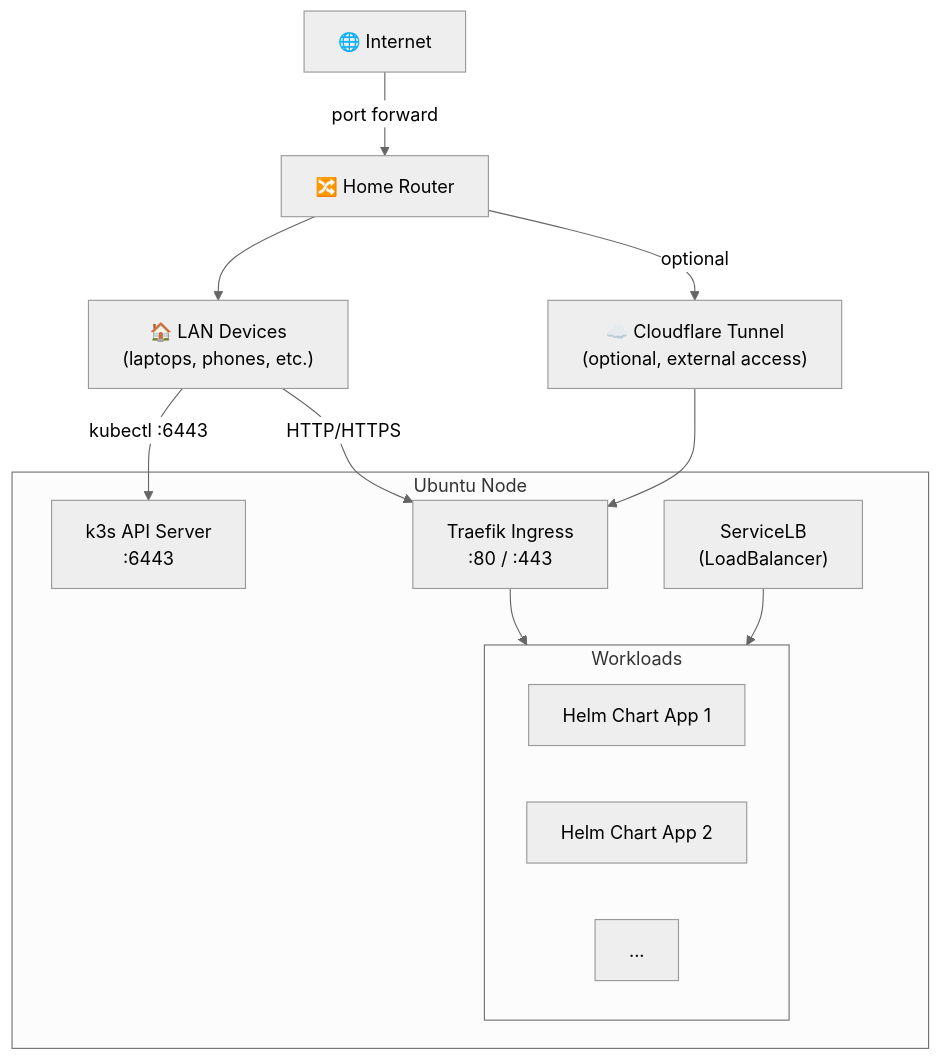
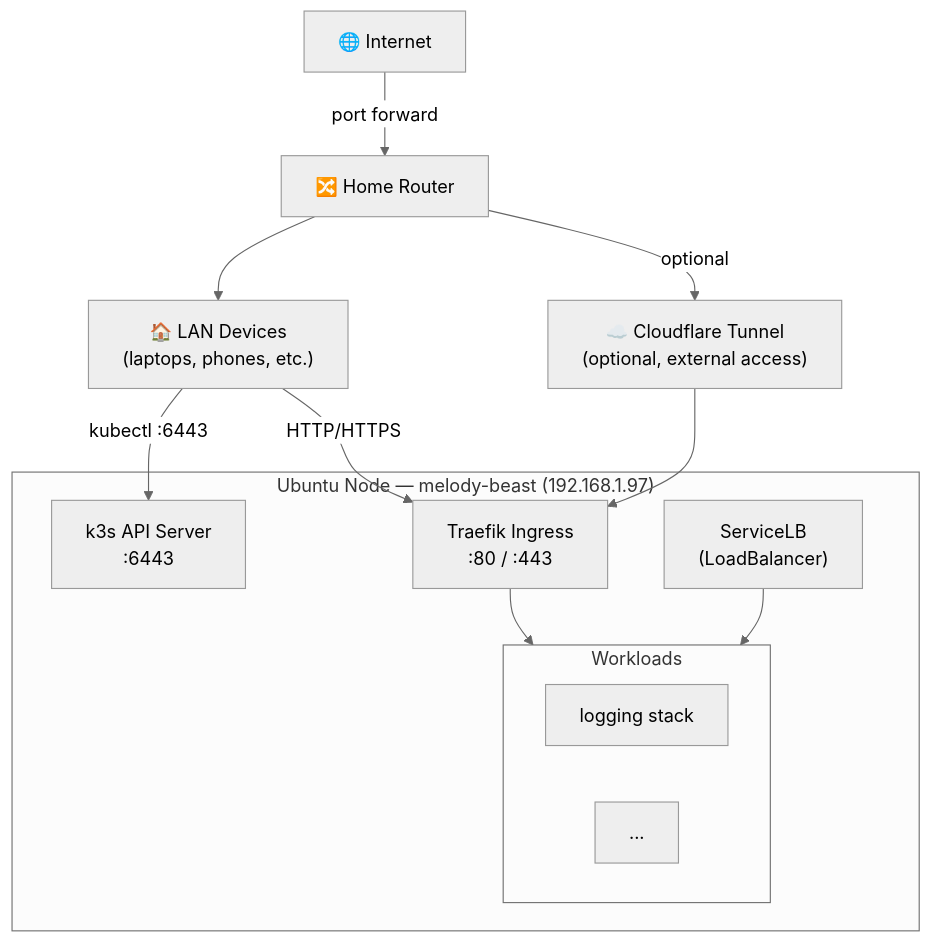
Before and after one commit to sandeep15390/obsidian-vault: the diagram in Projects/Homelab/Kubernetes.md, drawn with Mermaid (neutral theme). The commit also changed other lines of this file and 9 other files, not shown here.

````diff
--- a/Projects/Homelab/Kubernetes.md
+++ b/Projects/Homelab/Kubernetes.md
@@ -5,27 +31,26 @@
 ```mermaid
 graph TD
     Internet["🌐 Internet"]
     Router["🔀 Home Router"]
     LAN["🏠 LAN Devices\n(laptops, phones, etc.)"]
     Tunnel["☁️ Cloudflare Tunnel\n(optional, external access)"]
 
-    subgraph Node["Ubuntu Node"]
+    subgraph Node["Ubuntu Node — melody-beast (192.168.1.97)"]
         k3s["k3s API Server\n:6443"]
         Traefik["Traefik Ingress\n:80 / :443"]
         ServiceLB["ServiceLB\n(LoadBalancer)"]
         subgraph Workloads["Workloads"]
-            W1["Helm Chart App 1"]
-            W2["Helm Chart App 2"]
-            W3["..."]
+            W1["logging stack"]
+            W2["..."]
         end
     end
 
     Internet -->|port forward| Router
     Router --> LAN
     Router -->|optional| Tunnel
     LAN -->|kubectl :6443| k3s
     LAN -->|HTTP/HTTPS| Traefik
     Tunnel --> Traefik
     Traefik --> Workloads
     ServiceLB --> Workloads
 ```
````
